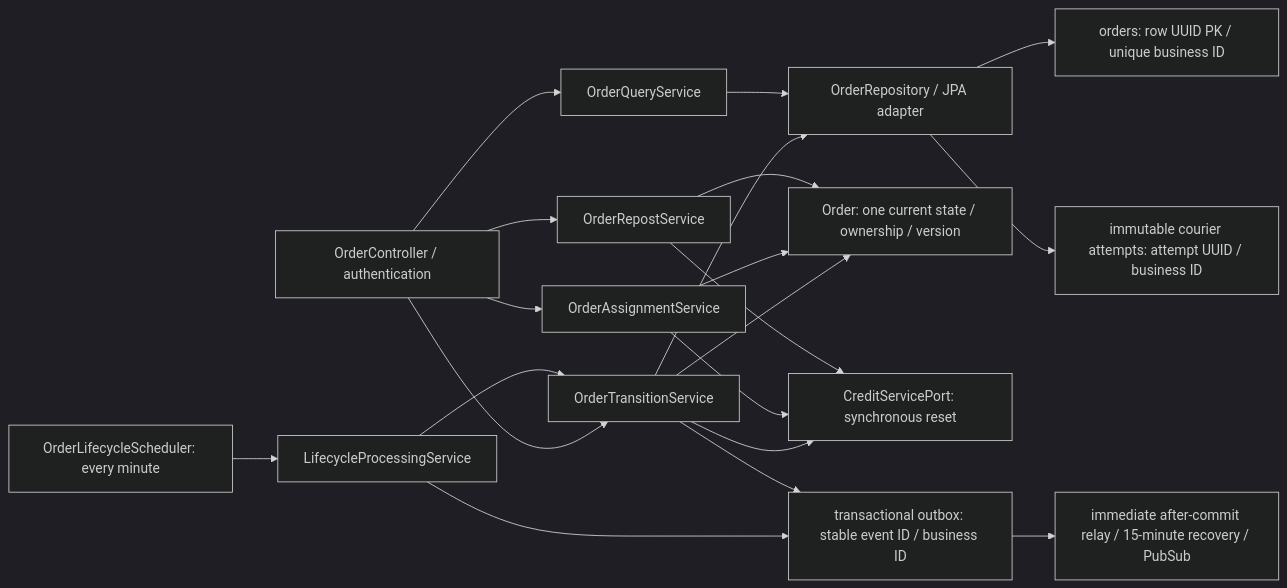
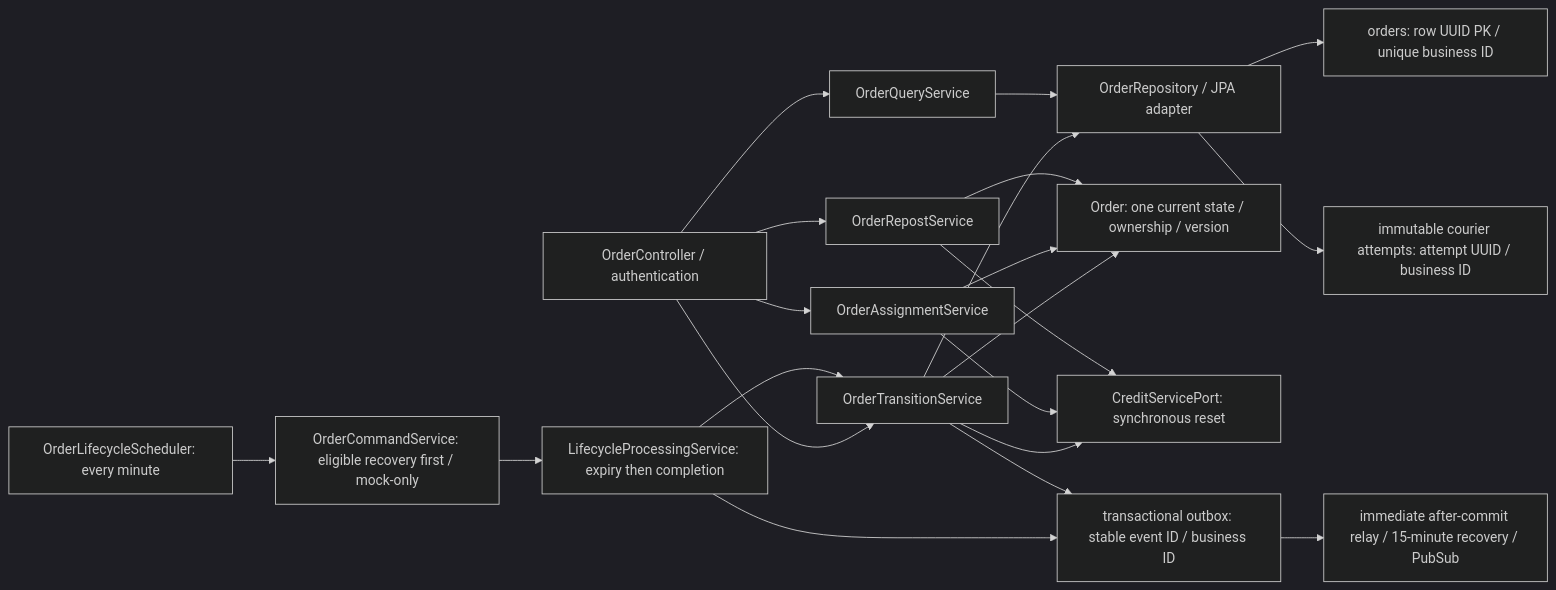
The first of 6 diagrams in order-service/sprints/sprint-2-3/README.md (Y2627S1-CS3219-P-28/FoC-P28), drawn with Mermaid (dark theme) before and after one commit. The commit also changed other lines of this file and 19 other files, not shown here.

Commit message:
docs(order): record merged scheduler and JWT learning

````diff
--- a/order-service/sprints/sprint-2-3/README.md
+++ b/order-service/sprints/sprint-2-3/README.md
@@ -74,22 +83,23 @@
 ```mermaid
 flowchart LR
   Controller[OrderController / authentication] --> Transition[OrderTransitionService]
   Controller --> Assignment[OrderAssignmentService]
   Controller --> Repost[OrderRepostService]
   Controller --> Query[OrderQueryService]
-  Tick[OrderLifecycleScheduler: every minute] --> Lifecycle[LifecycleProcessingService]
+  Tick[OrderLifecycleScheduler: every minute] --> Recovery[OrderCommandService: eligible recovery first / mock-only]
+  Recovery --> Lifecycle[LifecycleProcessingService: expiry then completion]
   Lifecycle --> Transition
   Lifecycle --> Outbox
   Transition --> Domain[Order: one current state / ownership / version]
   Assignment --> Domain
   Repost --> Domain
   Transition --> Credit[CreditServicePort: synchronous reset]
   Assignment --> Credit
   Repost --> Credit
   Transition --> Persistence[OrderRepository / JPA adapter]
   Query --> Persistence
   Persistence --> Current[orders: row UUID PK / unique business ID]
   Persistence --> Attempts[immutable courier attempts: attempt UUID / business ID]
   Transition --> Outbox[transactional outbox: stable event ID / business ID]
   Outbox --> Relay[immediate after-commit relay / 15-minute recovery / PubSub]
 ```
````
